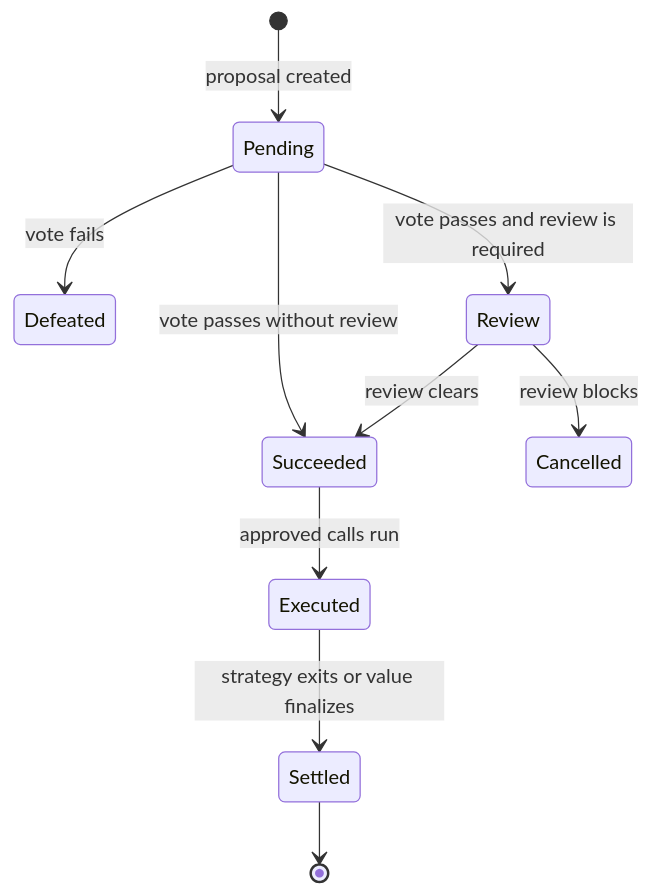
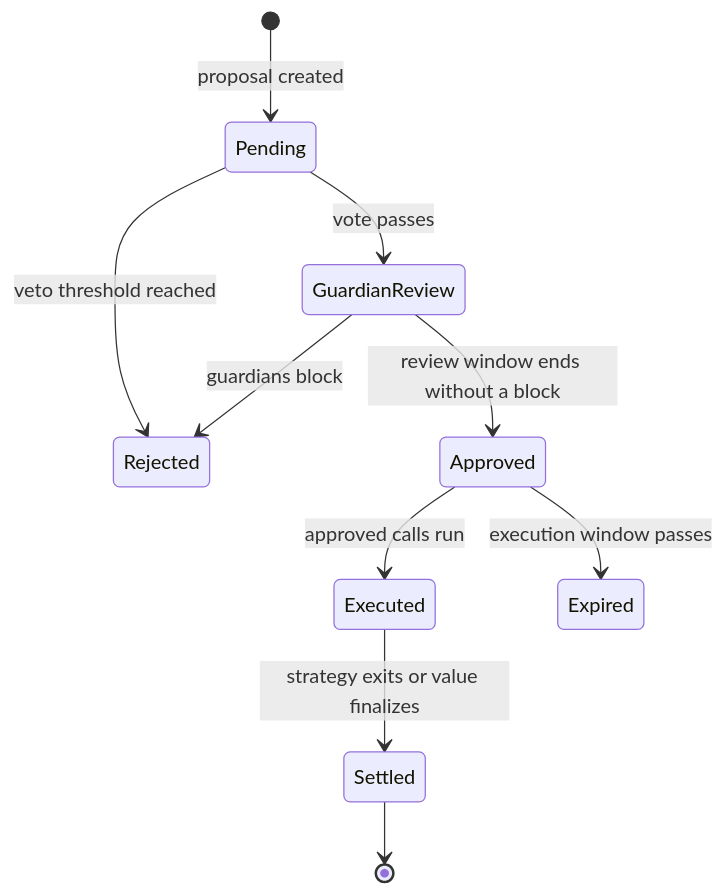
One commit to sherwoodagent/mintlify-docs changed the second of 2 diagrams in protocol/architecture.mdx. Above: the diagram before and after it, drawn with Mermaid. The commit also changed other lines of this file and 7 other files, not shown here.

First line of the commit message:
docs: fix proposal states, unconditional guardian review, link and pin cleanups

````diff
--- a/protocol/architecture.mdx
+++ b/protocol/architecture.mdx
@@ -66,12 +66,12 @@
 ```mermaid
 stateDiagram-v2
     [*] --> Pending: proposal created
-    Pending --> Defeated: vote fails
-    Pending --> Review: vote passes and review is required
-    Pending --> Succeeded: vote passes without review
-    Review --> Succeeded: review clears
-    Review --> Cancelled: review blocks
-    Succeeded --> Executed: approved calls run
+    Pending --> Rejected: veto threshold reached
+    Pending --> GuardianReview: vote passes
+    GuardianReview --> Approved: review window ends without a block
+    GuardianReview --> Rejected: guardians block
+    Approved --> Executed: approved calls run
+    Approved --> Expired: execution window passes
     Executed --> Settled: strategy exits or value finalizes
     Settled --> [*]
 ```
````
